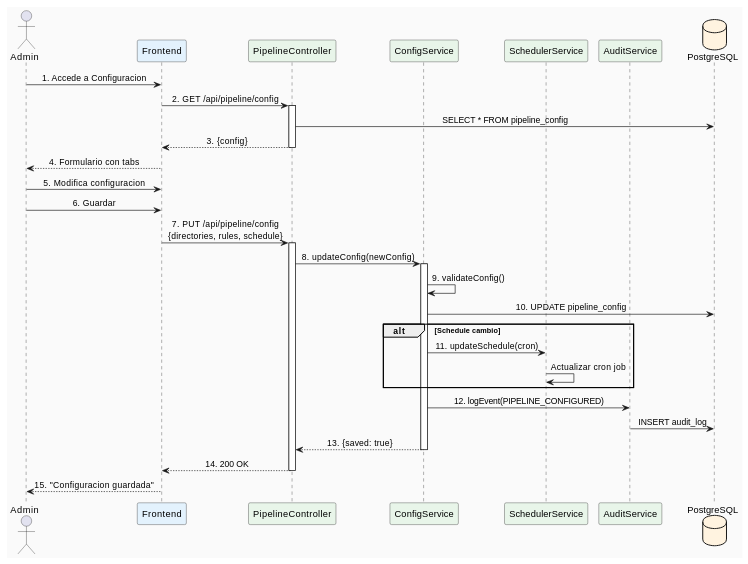
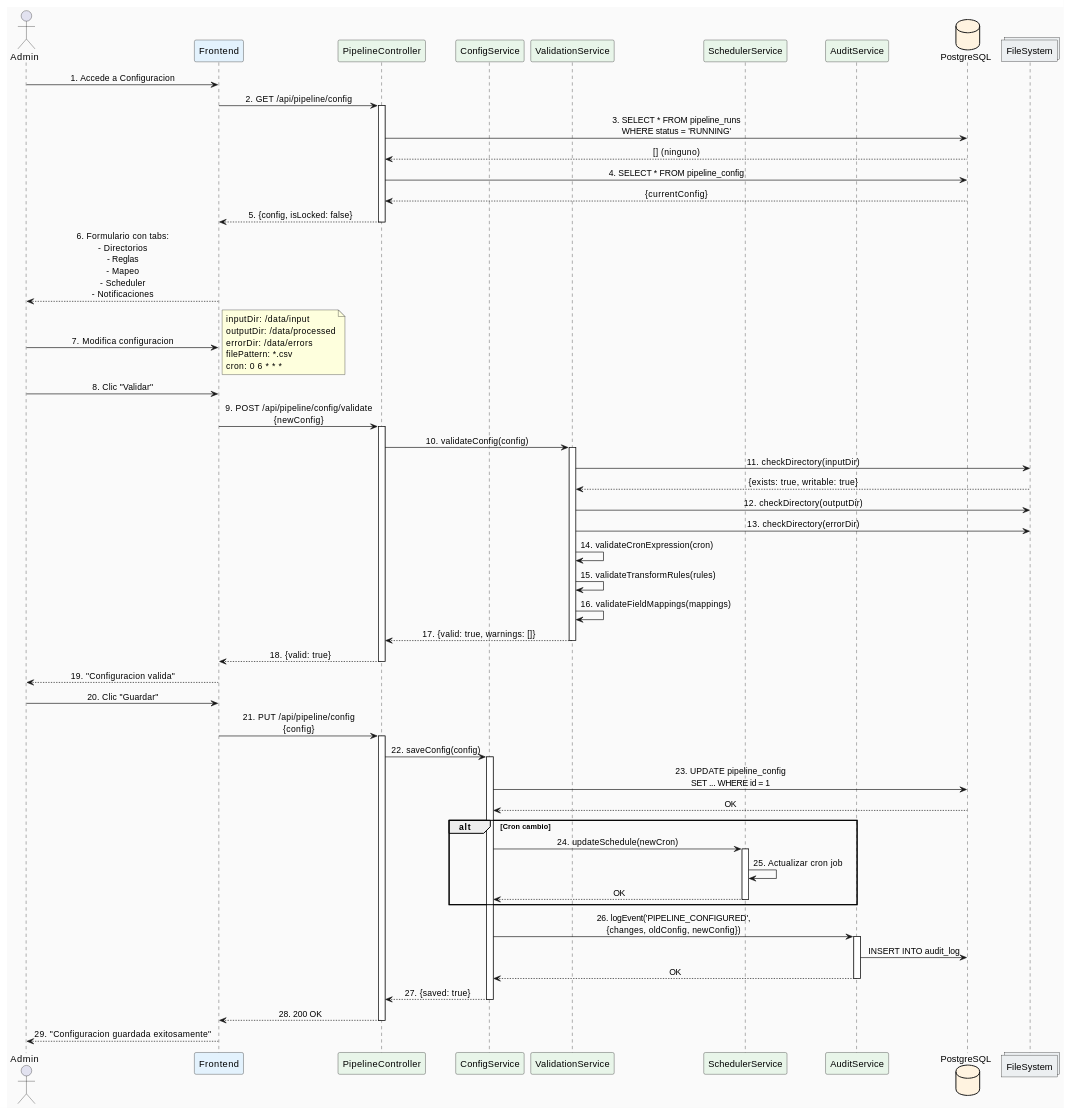
Before and after one commit to jcg-admin/IACT-docs: the second of 3 diagrams in source/requisitos/casos_uso/pipeline/UC_052_Configurar_Pipeline.rst, drawn with PlantUML. The commit also changed other lines of this file and 4 other files, not shown here.

```diff
--- a/source/requisitos/casos_uso/pipeline/UC_052_Configurar_Pipeline.rst
+++ b/source/requisitos/casos_uso/pipeline/UC_052_Configurar_Pipeline.rst
@@ -178,43 +209,88 @@
    participant "Frontend" as FE #E3F2FD
    participant "PipelineController" as PC #E8F5E9
    participant "ConfigService" as CS #E8F5E9
+   participant "ValidationService" as VS #E8F5E9
    participant "SchedulerService" as SS #E8F5E9
    participant "AuditService" as AUD #E8F5E9
    database "PostgreSQL" as DB #FFF3E0
+   collections "FileSystem" as FS #ECEFF1
 
    ADM -> FE: 1. Accede a Configuracion
    FE -> PC: 2. GET /api/pipeline/config
    activate PC
-   PC -> DB: SELECT * FROM pipeline_config
-   PC --> FE: 3. {config}
+
+   PC -> DB: 3. SELECT * FROM pipeline_runs\nWHERE status = 'RUNNING'
+   DB --> PC: [] (ninguno)
+
+   PC -> DB: 4. SELECT * FROM pipeline_config
+   DB --> PC: {currentConfig}
+
+   PC --> FE: 5. {config, isLocked: false}
    deactivate PC
 
-   FE --> ADM: 4. Formulario con tabs
+   FE --> ADM: 6. Formulario con tabs:\n- Directorios\n- Reglas\n- Mapeo\n- Scheduler\n- Notificaciones
 
-   ADM -> FE: 5. Modifica configuracion
-   ADM -> FE: 6. Guardar
+   ADM -> FE: 7. Modifica configuracion
+   note right
+       inputDir: /data/input
+       outputDir: /data/processed
+       errorDir: /data/errors
+       filePattern: *.csv
+       cron: 0 6 * * *
+   end note
 
-   FE -> PC: 7. PUT /api/pipeline/config\n{directories, rules, schedule}
+   ADM -> FE: 8. Clic "Validar"
+   FE -> PC: 9. POST /api/pipeline/config/validate\n{newConfig}
    activate PC
 
-   PC -> CS: 8. updateConfig(newConfig)
+   PC -> VS: 10. validateConfig(config)
+   activate VS
+
+   VS -> FS: 11. checkDirectory(inputDir)
+   FS --> VS: {exists: true, writable: true}
+
+   VS -> FS: 12. checkDirectory(outputDir)
+   VS -> FS: 13. checkDirectory(errorDir)
+
+   VS -> VS: 14. validateCronExpression(cron)
+   VS -> VS: 15. validateTransformRules(rules)
+   VS -> VS: 16. validateFieldMappings(mappings)
+
+   VS --> PC: 17. {valid: true, warnings: []}
+   deactivate VS
+
+   PC --> FE: 18. {valid: true}
+   deactivate PC
+   FE --> ADM: 19. "Configuracion valida"
+
+   ADM -> FE: 20. Clic "Guardar"
+   FE -> PC: 21. PUT /api/pipeline/config\n{config}
+   activate PC
+
+   PC -> CS: 22. saveConfig(config)
    activate CS
 
-   CS -> CS: 9. validateConfig()
-   CS -> DB: 10. UPDATE pipeline_config
+   CS -> DB: 23. UPDATE pipeline_config\nSET ... WHERE id = 1
+   DB --> CS: OK
 
-   alt Schedule cambio
-       CS -> SS: 11. updateSchedule(cron)
-       SS -> SS: Actualizar cron job
+   alt Cron cambio
+       CS -> SS: 24. updateSchedule(newCron)
+       activate SS
+       SS -> SS: 25. Actualizar cron job
+       SS --> CS: OK
+       deactivate SS
    end
 
-   CS -> AUD: 12. logEvent(PIPELINE_CONFIGURED)
-   AUD -> DB: INSERT audit_log
+   CS -> AUD: 26. logEvent('PIPELINE_CONFIGURED',\n{changes, oldConfig, newConfig})
+   activate AUD
+   AUD -> DB: INSERT INTO audit_log
+   AUD --> CS: OK
+   deactivate AUD
 
-   CS --> PC: 13. {saved: true}
+   CS --> PC: 27. {saved: true}
    deactivate CS
 
-   PC --> FE: 14. 200 OK
+   PC --> FE: 28. 200 OK
    deactivate PC
-   FE --> ADM: 15. "Configuracion guardada"
+   FE --> ADM: 29. "Configuracion guardada exitosamente"
    @enduml
```
